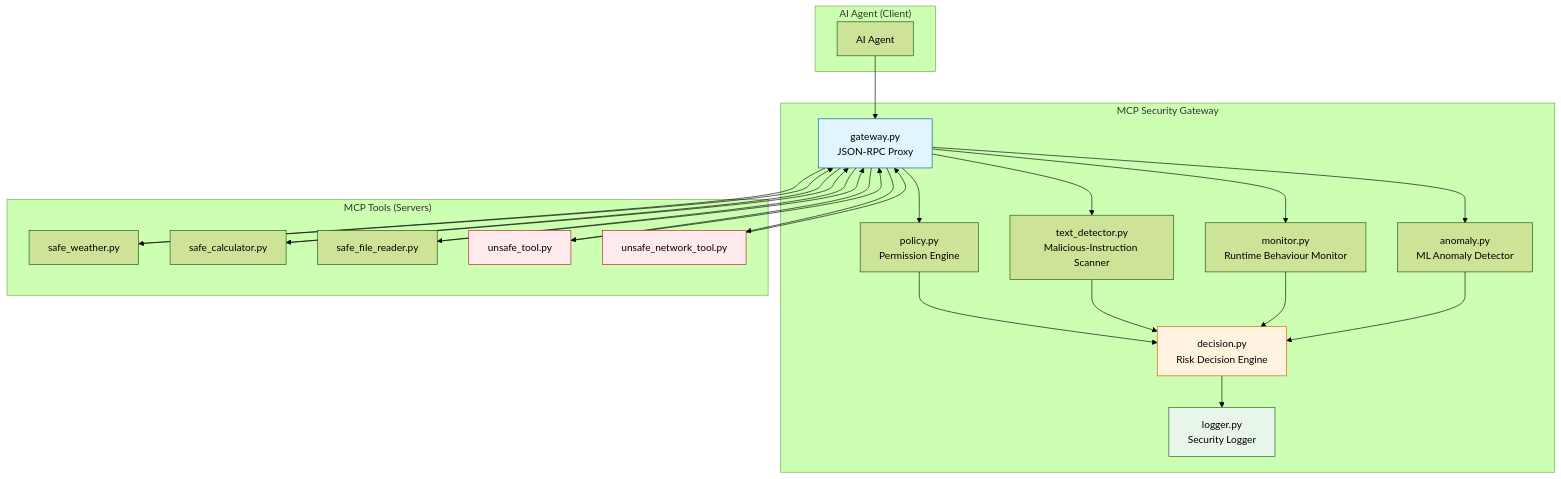
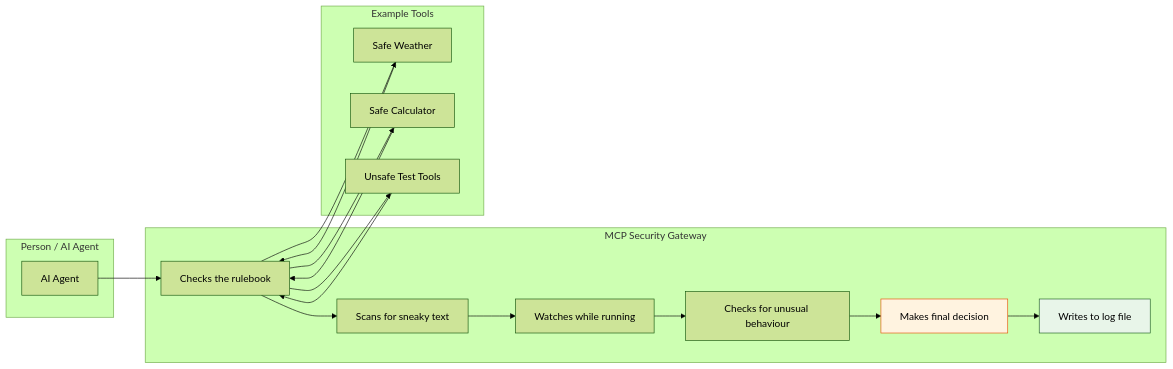
Before and after one commit to Gunjannnn30/mcp-security-gateway: the second of 2 diagrams in README.md, drawn with Mermaid (forest theme). The commit also changed other lines of this file, not shown here.

````diff
--- a/README.md
+++ b/README.md
@@ -224,44 +372,33 @@
 ```mermaid
-flowchart TB
-    subgraph Client["AI Agent (Client)"]
+flowchart LR
+    subgraph User["Person / AI Agent"]
         A[AI Agent]
     end
-
     subgraph Gateway["MCP Security Gateway"]
-        B[gateway.py<br/>JSON-RPC Proxy]
-        C[policy.py<br/>Permission Engine]
-        D[text_detector.py<br/>Malicious-Instruction Scanner]
-        E[monitor.py<br/>Runtime Behaviour Monitor]
-        F[anomaly.py<br/>ML Anomaly Detector]
-        G[decision.py<br/>Risk Decision Engine]
-        H[logger.py<br/>Security Logger]
+        B[Checks the rulebook]
+        C[Scans for sneaky text]
+        D[Watches while running]
+        E[Checks for unusual behaviour]
+        F[Makes final decision]
+        G[Writes to log file]
     end
-
-    subgraph Tools["MCP Tools (Servers)"]
-        I[safe_weather.py]
-        J[safe_calculator.py]
-        K[safe_file_reader.py]
-        L[unsafe_tool.py]
-        M[unsafe_network_tool.py]
+    subgraph Tools["Example Tools"]
+        H[Safe Weather]
+        I[Safe Calculator]
+        J[Unsafe Test Tools]
     end
 
     A --> B
     B --> C
-    B --> D
-    B --> E
-    B --> F
-    C & D & E & F --> G
-    G --> H
+    C --> D
+    D --> E
+    E --> F
+    F --> G
+    B --> H
     B --> I
     B --> J
-    B --> K
-    B --> L
-    B --> M
-    I & J & K & L & M --> B
+    H & I & J --> B
 
-    style B fill:#e1f5fe,stroke:#01579b
-    style G fill:#fff3e0,stroke:#e65100
-    style H fill:#e8f5e9,stroke:#1b5e20
-    style L fill:#ffebee,stroke:#b71c1c
-    style M fill:#ffebee,stroke:#b71c1c
+    style F fill:#fff3e0,stroke:#e65100
+    style G fill:#e8f5e9,stroke:#1b5e20
 ```
````
